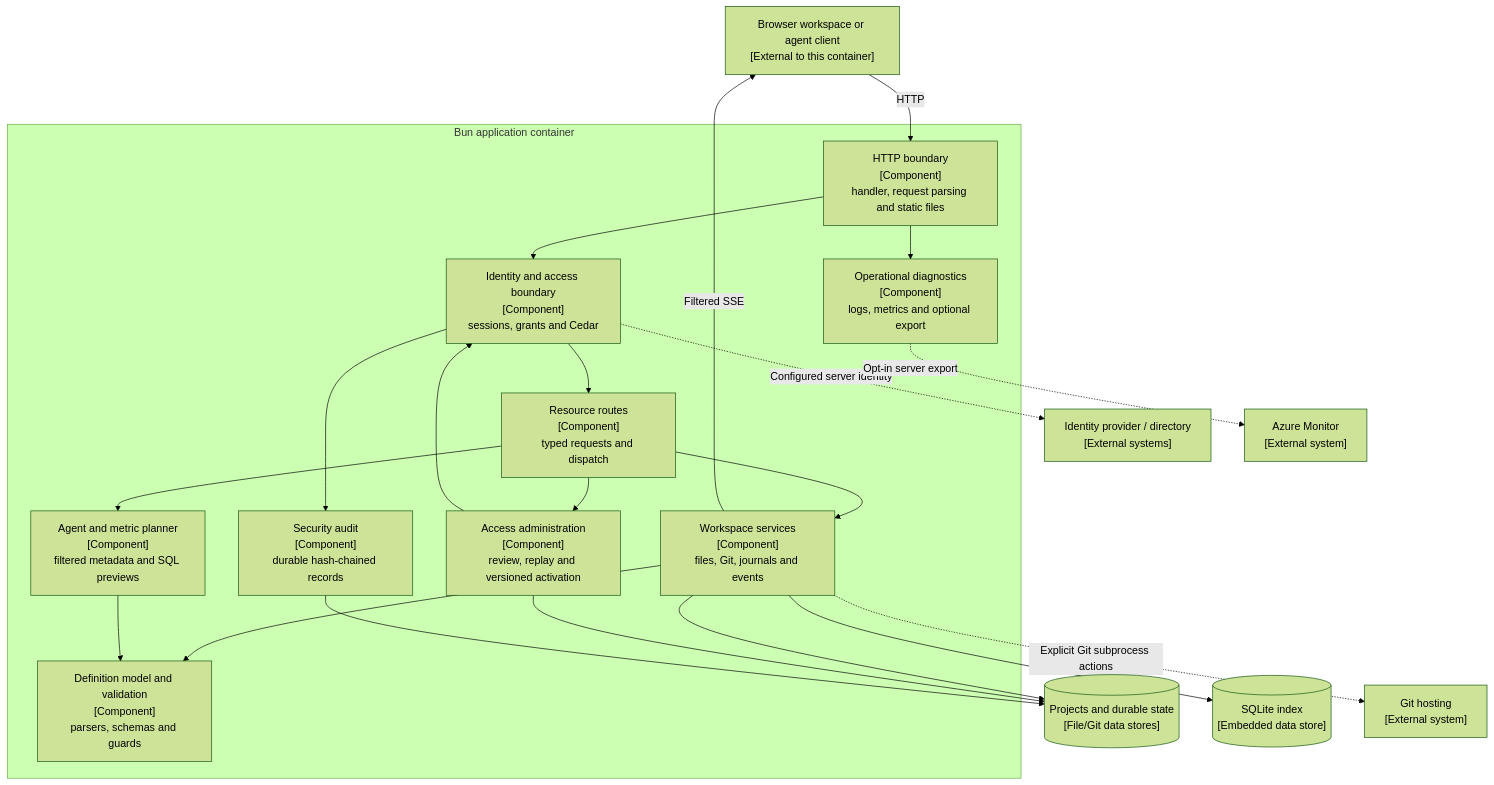
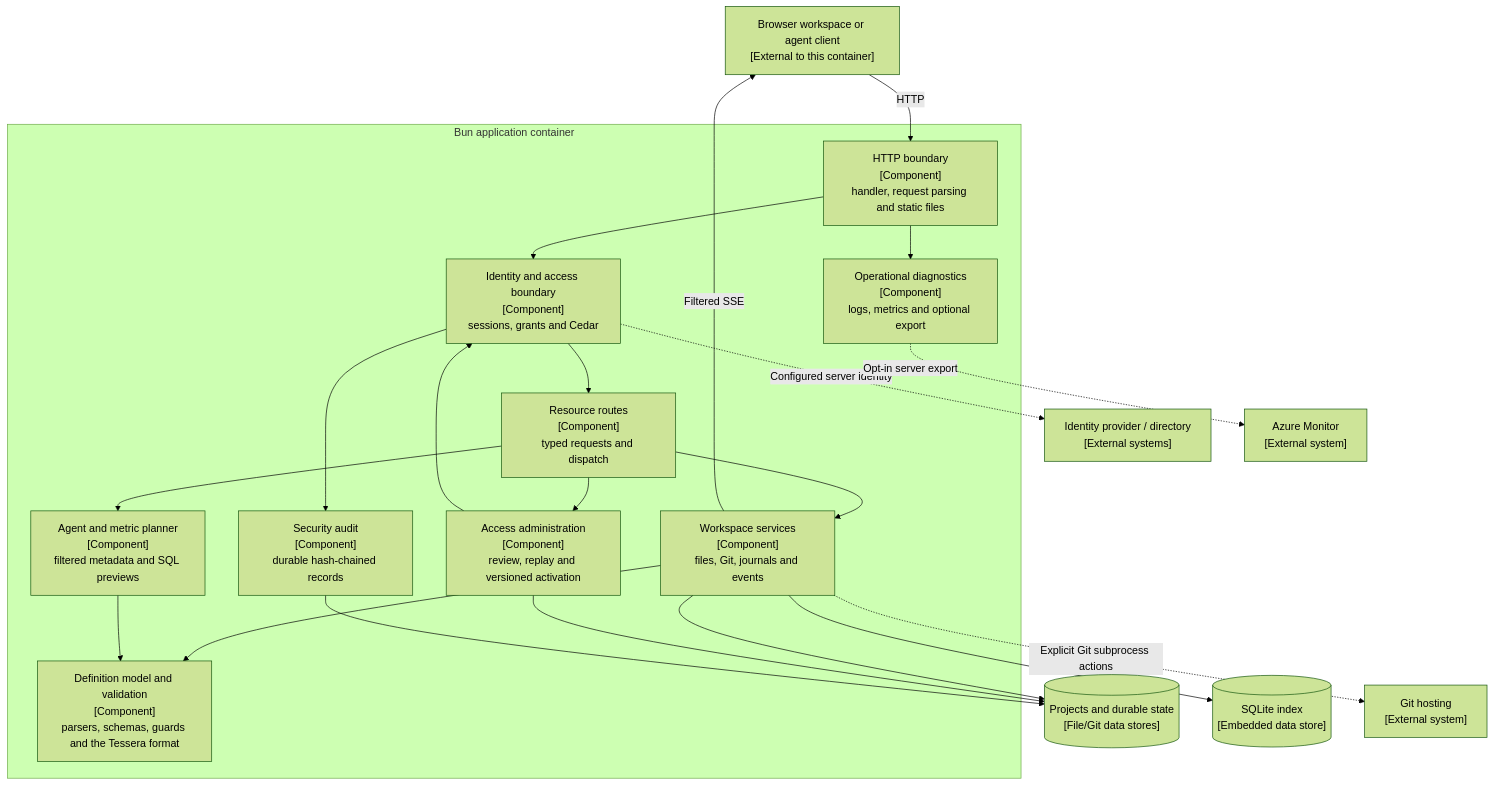
The diagram in ARCHITECTURE.md (rmonteiro-pereira/semantic-workbench), drawn with Mermaid (forest theme) before and after one commit. The commit also changed other lines of this file and 8 other files, not shown here.

Commit message:
Document the Tessera format, its compiler and its command line

````diff
--- a/ARCHITECTURE.md
+++ b/ARCHITECTURE.md
@@ -22,42 +22,42 @@
 ```mermaid
 flowchart TB
     Client["Browser workspace or agent client<br/>[External to this container]"]
 
     subgraph Bun["Bun application container"]
         HTTP["HTTP boundary<br/>[Component]<br/>handler, request parsing and static files"]
         Access["Identity and access boundary<br/>[Component]<br/>sessions, grants and Cedar"]
         Routes["Resource routes<br/>[Component]<br/>typed requests and dispatch"]
         Workspace["Workspace services<br/>[Component]<br/>files, Git, journals and events"]
-        Models["Definition model and validation<br/>[Component]<br/>parsers, schemas and guards"]
+        Models["Definition model and validation<br/>[Component]<br/>parsers, schemas, guards and the Tessera format"]
         Planner["Agent and metric planner<br/>[Component]<br/>filtered metadata and SQL previews"]
         Admin["Access administration<br/>[Component]<br/>review, replay and versioned activation"]
         Audit["Security audit<br/>[Component]<br/>durable hash-chained records"]
         Diagnostics["Operational diagnostics<br/>[Component]<br/>logs, metrics and optional export"]
     end
 
     Files[("Projects and durable state<br/>[File/Git data stores]")]
     Cache[("SQLite index<br/>[Embedded data store]")]
     Provider["Identity provider / directory<br/>[External systems]"]
     Remote["Git hosting<br/>[External system]"]
     Monitor["Azure Monitor<br/>[External system]"]
 
     Client -->|HTTP| HTTP
     HTTP --> Access
     Access --> Routes
     Routes --> Workspace
     Routes --> Planner
     Routes --> Admin
     Workspace --> Models
     Planner --> Models
     Admin --> Access
     Access --> Audit
     HTTP --> Diagnostics
     Workspace --> Files
     Workspace --> Cache
     Admin --> Files
     Audit --> Files
     Access -. Configured server identity .-> Provider
     Workspace -. Explicit Git subprocess actions .-> Remote
     Diagnostics -. Opt-in server export .-> Monitor
     Workspace -->|Filtered SSE| Client
 ```
````
